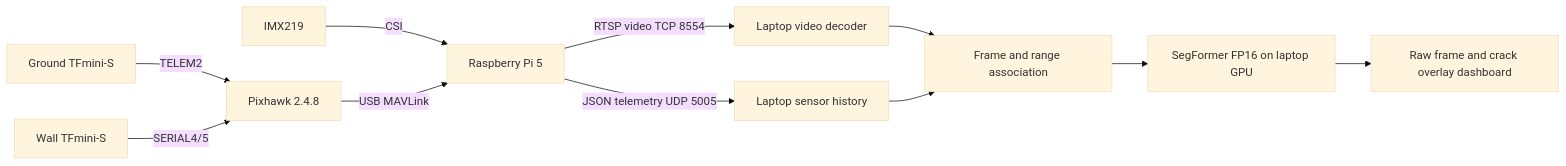
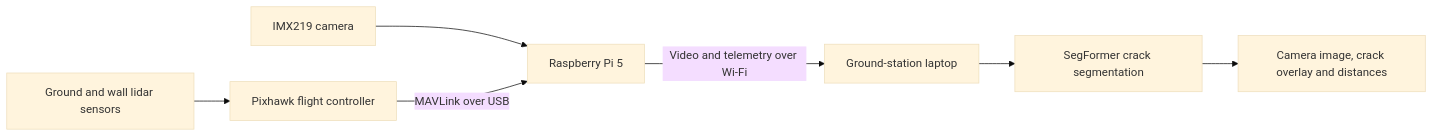
The diagram in README.md (ManasD2011/CrackSense), drawn with Mermaid (base theme) before and after one commit. The commit also changed other lines of this file and 25 other files, not shown here.

````diff
--- a/README.md
+++ b/README.md
@@ -63,13 +49,9 @@
 ```mermaid
 flowchart LR
-  C[IMX219] -->|CSI| P[Raspberry Pi 5]
-  G[Ground TFmini-S] -->|TELEM2| X[Pixhawk 2.4.8]
-  W[Wall TFmini-S] -->|SERIAL4/5| X
-  X -->|USB MAVLink| P
-  P -->|RTSP video TCP 8554| V[Laptop video decoder]
-  P -->|JSON telemetry UDP 5005| T[Laptop sensor history]
-  V --> A[Frame and range association]
-  T --> A
-  A --> M[SegFormer FP16 on laptop GPU]
-  M --> D[Raw frame and crack overlay dashboard]
+  C[IMX219 camera] --> P[Raspberry Pi 5]
+  L[Ground and wall lidar sensors] --> X[Pixhawk flight controller]
+  X -->|MAVLink over USB| P
+  P -->|Video and telemetry over Wi-Fi| G[Ground-station laptop]
+  G --> S[SegFormer crack segmentation]
+  S --> D[Camera image, crack overlay and distances]
 ```
````
